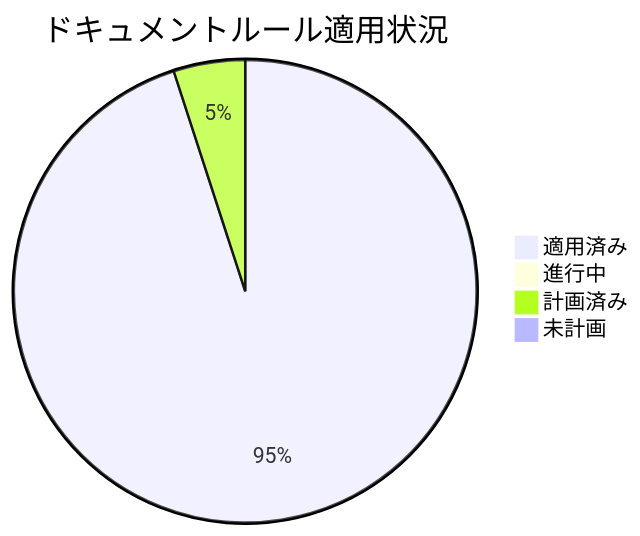
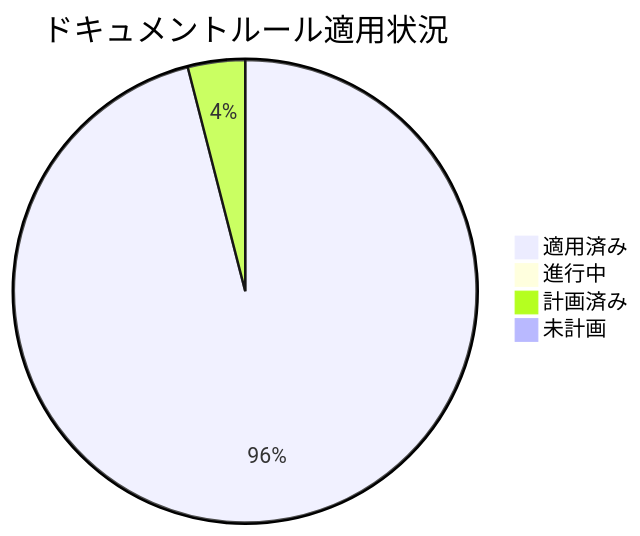
Before and after one commit to ToyB0x/git-resume: the first of 2 diagrams in docs/PLAN_AND_PROGRESS.md, drawn with Mermaid. The commit also changed other lines of this file, not shown here.

````diff
--- a/docs/PLAN_AND_PROGRESS.md
+++ b/docs/PLAN_AND_PROGRESS.md
@@ -128,7 +128,7 @@
 ```mermaid
 pie title ドキュメントルール適用状況
-    "適用済み" : 95
+    "適用済み" : 96
     "進行中" : 0
-    "計画済み" : 5
+    "計画済み" : 4
     "未計画" : 0
 ```
````
